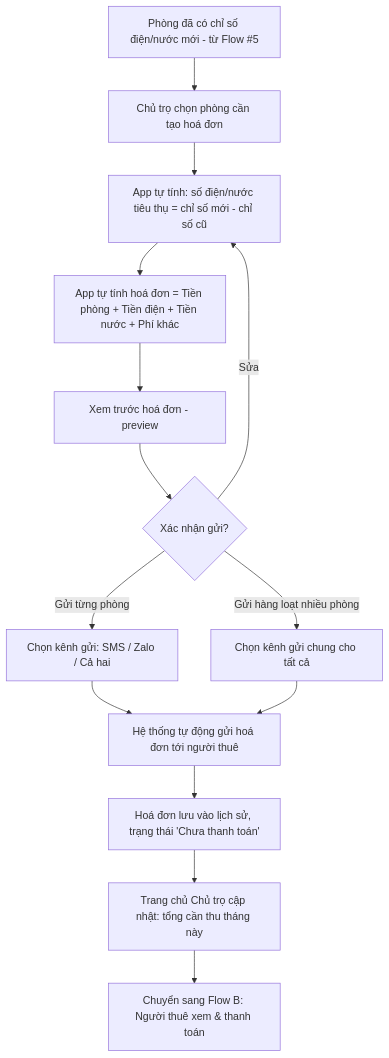
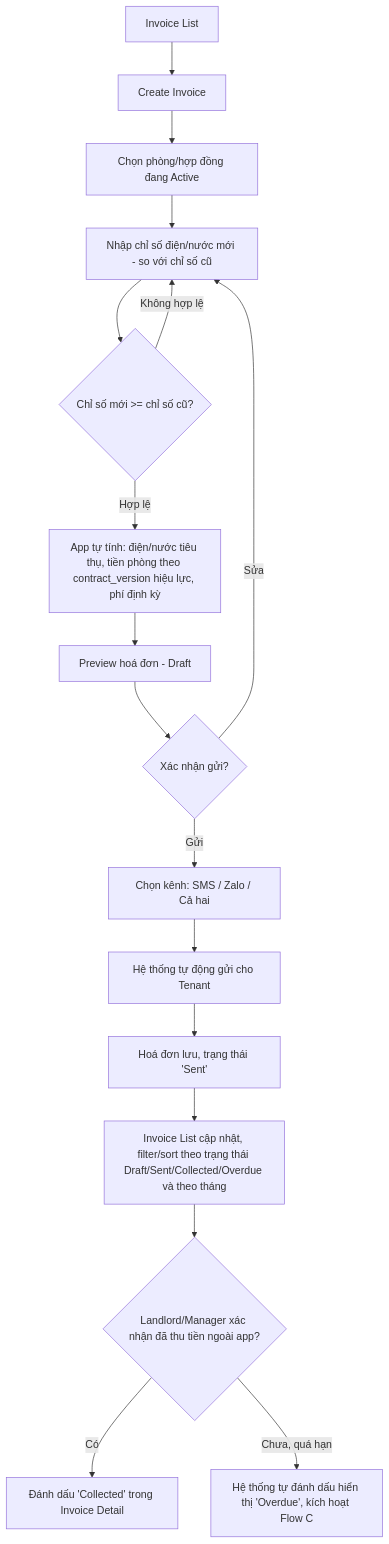
One commit to townsoft-dev/biztown-rent changed the seventh of 10 diagrams in docs/USER-FLOWS.md. Above: the diagram before and after it, drawn with Mermaid. The commit also changed other lines of this file and 3 other files, not shown here.

Commit message:
chỉnh sửa decicions.md, business-rules.md, product-overview.md, user-flows.md version 2, thu gọn phạm vi phase 1

````diff
--- a/docs/USER-FLOWS.md
+++ b/docs/USER-FLOWS.md
@@ -204,16 +151,19 @@
 ```mermaid
 flowchart TD
-    A[Phòng đã có chỉ số điện/nước mới - từ Flow #5] --> B[Chủ trọ chọn phòng cần tạo hoá đơn]
-    B --> C[App tự tính: số điện/nước tiêu thụ = chỉ số mới - chỉ số cũ]
-    C --> D[App tự tính hoá đơn = Tiền phòng + Tiền điện + Tiền nước + Phí khác]
-    D --> E[Xem trước hoá đơn - preview]
-    E --> F{Xác nhận gửi?}
-    F -- Sửa --> C
-    F -- Gửi từng phòng --> G[Chọn kênh gửi: SMS / Zalo / Cả hai]
-    F -- Gửi hàng loạt nhiều phòng --> G2[Chọn kênh gửi chung cho tất cả]
-    G --> H[Hệ thống tự động gửi hoá đơn tới người thuê]
-    G2 --> H
-    H --> I[Hoá đơn lưu vào lịch sử, trạng thái 'Chưa thanh toán']
-    I --> J[Trang chủ Chủ trọ cập nhật: tổng cần thu tháng này]
-    J --> K[Chuyển sang Flow B: Người thuê xem & thanh toán]
+    A[Invoice List] --> B[Create Invoice]
+    B --> C[Chọn phòng/hợp đồng đang Active]
+    C --> D[Nhập chỉ số điện/nước mới - so với chỉ số cũ]
+    D --> E{Chỉ số mới >= chỉ số cũ?}
+    E -- Không hợp lệ --> D
+    E -- Hợp lệ --> F[App tự tính: điện/nước tiêu thụ, tiền phòng theo contract_version hiệu lực, phí định kỳ]
+    F --> G[Preview hoá đơn - Draft]
+    G --> H{Xác nhận gửi?}
+    H -- Sửa --> D
+    H -- Gửi --> I[Chọn kênh: SMS / Zalo / Cả hai]
+    I --> J[Hệ thống tự động gửi cho Tenant]
+    J --> K[Hoá đơn lưu, trạng thái 'Sent']
+    K --> L[Invoice List cập nhật, filter/sort theo trạng thái Draft/Sent/Collected/Overdue và theo tháng]
+    L --> M{Landlord/Manager xác nhận đã thu tiền ngoài app?}
+    M -- Có --> N[Đánh dấu 'Collected' trong Invoice Detail]
+    M -- Chưa, quá hạn --> O[Hệ thống tự đánh dấu hiển thị 'Overdue', kích hoạt Flow C]
 ```
````
